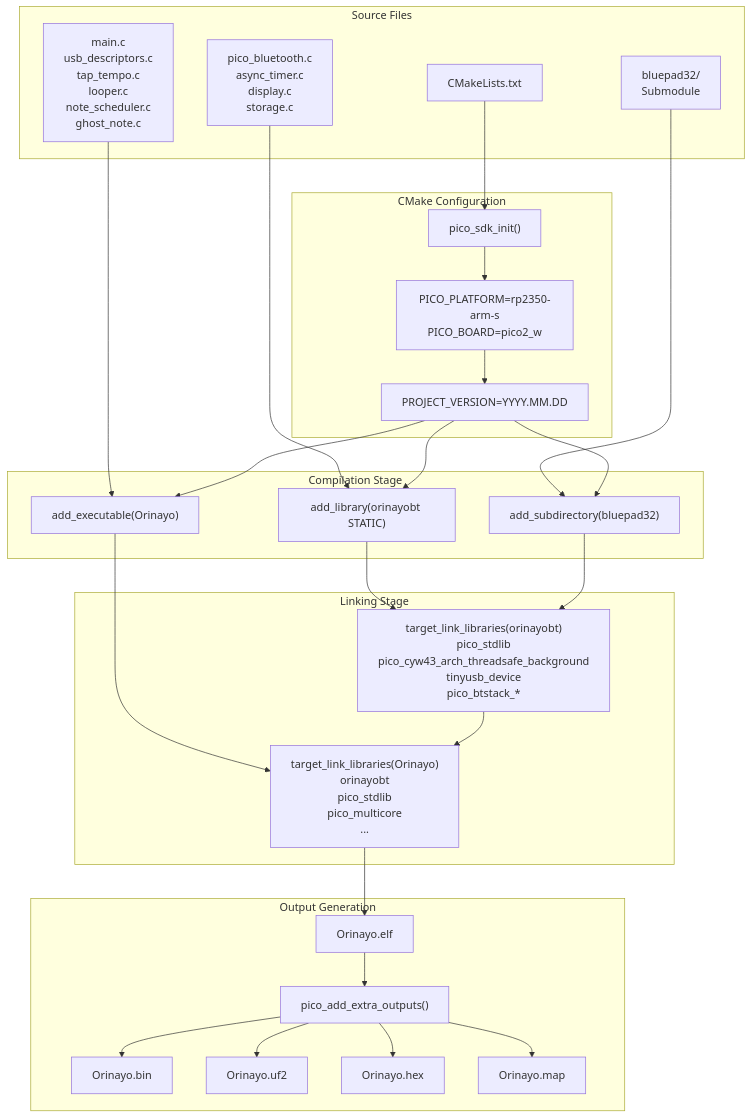
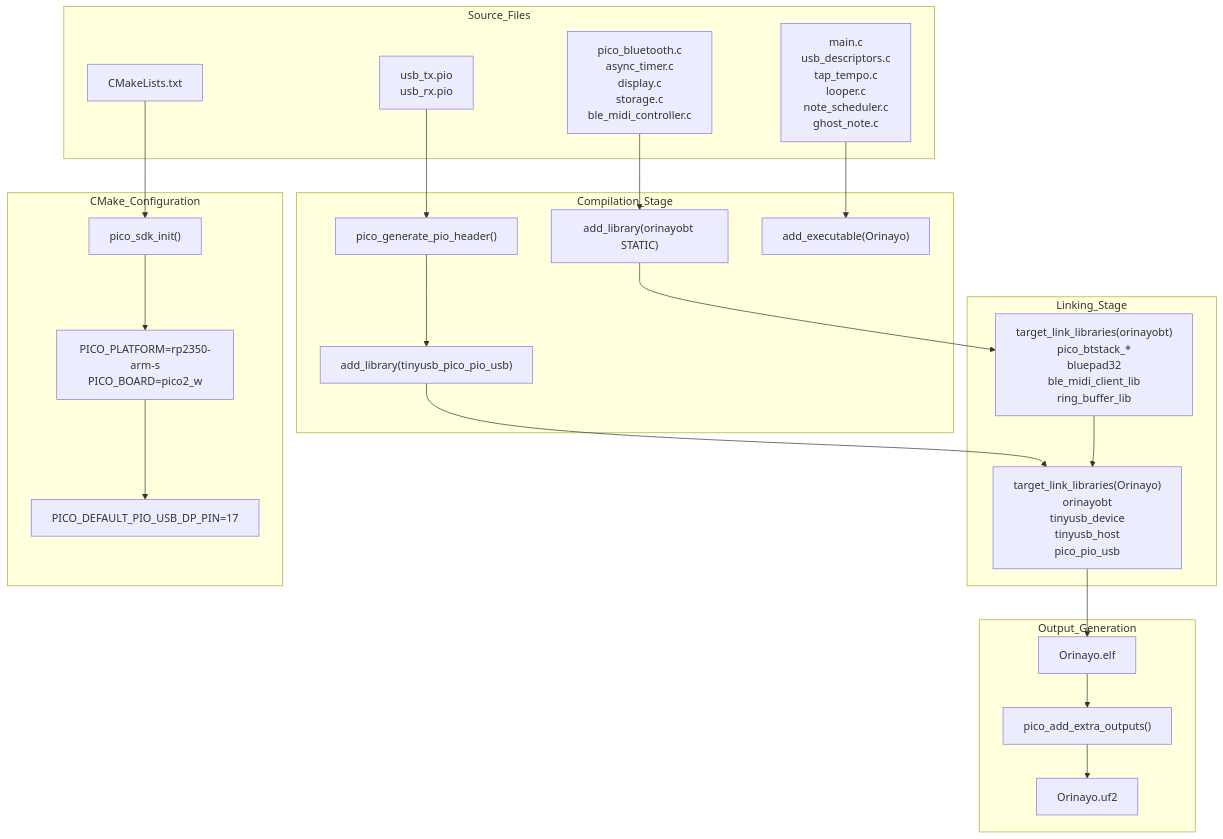
The first of 2 diagrams in wiki/2.2-building-and-flashing.md (Jus-Be/orinayo-pico), drawn with Mermaid before and after one commit. The commit also changed other lines of this file and 42 other files, not shown here.

````diff
--- a/wiki/2.2-building-and-flashing.md
+++ b/wiki/2.2-building-and-flashing.md
@@ -120,75 +123,65 @@
 ```mermaid
 flowchart TD
 
 SRC_MAIN["main.c<br>usb_descriptors.c<br>tap_tempo.c<br>looper.c<br>note_scheduler.c<br>ghost_note.c"]
-SRC_LIB["pico_bluetooth.c<br>async_timer.c<br>display.c<br>storage.c"]
-SRC_BP32["bluepad32/<br>Submodule"]
+SRC_LIB["pico_bluetooth.c<br>async_timer.c<br>display.c<br>storage.c<br>ble_midi_controller.c"]
+SRC_PIO["usb_tx.pio<br>usb_rx.pio"]
 CMAKE["CMakeLists.txt"]
 INIT["pico_sdk_init()"]
 PLATFORM["PICO_PLATFORM=rp2350-arm-s<br>PICO_BOARD=pico2_w"]
-VERSION["PROJECT_VERSION=YYYY.MM.DD"]
+PIO_CFG["PICO_DEFAULT_PIO_USB_DP_PIN=17"]
+PIO_GEN["pico_generate_pio_header()"]
 LIB_ORINAYOBT["add_library(orinayobt STATIC)"]
 EXE_ORINAYO["add_executable(Orinayo)"]
-LIB_BP32["add_subdirectory(bluepad32)"]
-LINK_LIB["target_link_libraries(orinayobt)<br>pico_stdlib<br>pico_cyw43_arch_threadsafe_background<br>tinyusb_device<br>pico_btstack_*"]
-LINK_EXE["target_link_libraries(Orinayo)<br>orinayobt<br>pico_stdlib<br>pico_multicore<br>..."]
+LIB_TUSB_PIO["add_library(tinyusb_pico_pio_usb)"]
+LINK_LIB["target_link_libraries(orinayobt)<br>pico_btstack_*<br>bluepad32<br>ble_midi_client_lib<br>ring_buffer_lib"]
+LINK_EXE["target_link_libraries(Orinayo)<br>orinayobt<br>tinyusb_device<br>tinyusb_host<br>pico_pio_usb"]
 ELF["Orinayo.elf"]
 EXTRA["pico_add_extra_outputs()"]
-BIN["Orinayo.bin"]
 UF2["Orinayo.uf2"]
-HEX["Orinayo.hex"]
-MAP["Orinayo.map"]
 
 CMAKE --> INIT
+SRC_PIO --> PIO_GEN
 SRC_LIB --> LIB_ORINAYOBT
-SRC_BP32 --> LIB_BP32
 SRC_MAIN --> EXE_ORINAYO
-VERSION --> LIB_ORINAYOBT
-VERSION --> LIB_BP32
-VERSION --> EXE_ORINAYO
+LIB_TUSB_PIO --> LINK_EXE
 LIB_ORINAYOBT --> LINK_LIB
-LIB_BP32 --> LINK_LIB
-EXE_ORINAYO --> LINK_EXE
 LINK_EXE --> ELF
 
-subgraph subGraph4 ["Output Generation"]
+subgraph Output_Generation ["Output_Generation"]
     ELF
     EXTRA
-    BIN
     UF2
-    HEX
-    MAP
     ELF --> EXTRA
-    EXTRA --> BIN
     EXTRA --> UF2
-    EXTRA --> HEX
-    EXTRA --> MAP
 end
 
-subgraph subGraph3 ["Linking Stage"]
+subgraph Linking_Stage ["Linking_Stage"]
     LINK_LIB
     LINK_EXE
     LINK_LIB --> LINK_EXE
 end
 
-subgraph subGraph2 ["Compilation Stage"]
+subgraph Compilation_Stage ["Compilation_Stage"]
+    PIO_GEN
     LIB_ORINAYOBT
     EXE_ORINAYO
-    LIB_BP32
+    LIB_TUSB_PIO
+    PIO_GEN --> LIB_TUSB_PIO
 end
 
-subgraph subGraph1 ["CMake Configuration"]
+subgraph CMake_Configuration ["CMake_Configuration"]
     INIT
     PLATFORM
-    VERSION
+    PIO_CFG
     INIT --> PLATFORM
-    PLATFORM --> VERSION
+    PLATFORM --> PIO_CFG
 end
 
-subgraph subGraph0 ["Source Files"]
+subgraph Source_Files ["Source_Files"]
     SRC_MAIN
     SRC_LIB
-    SRC_BP32
+    SRC_PIO
     CMAKE
 end
 ```
````
